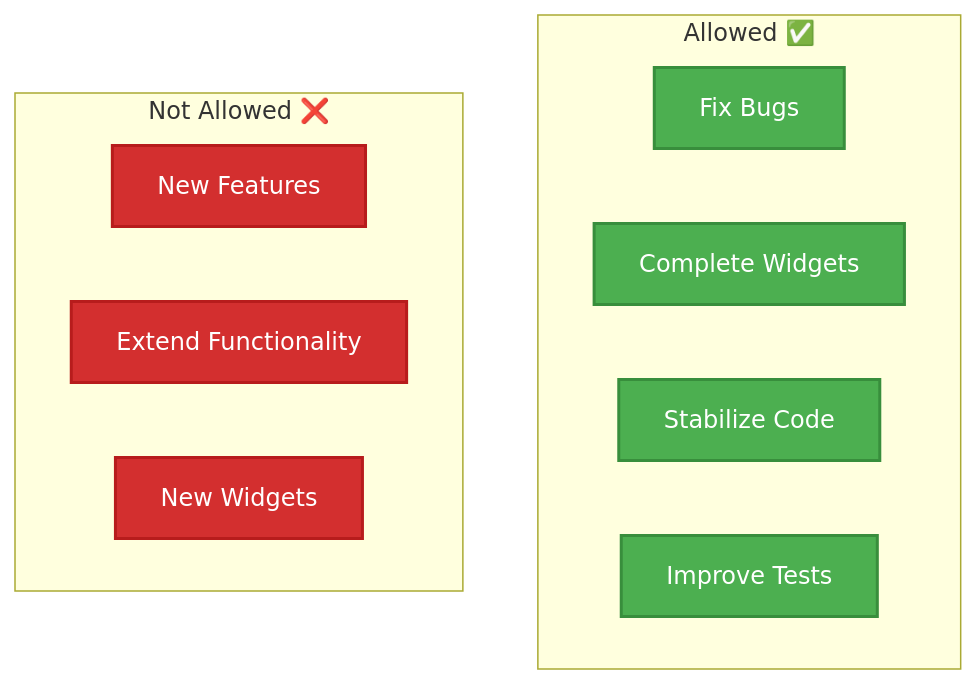
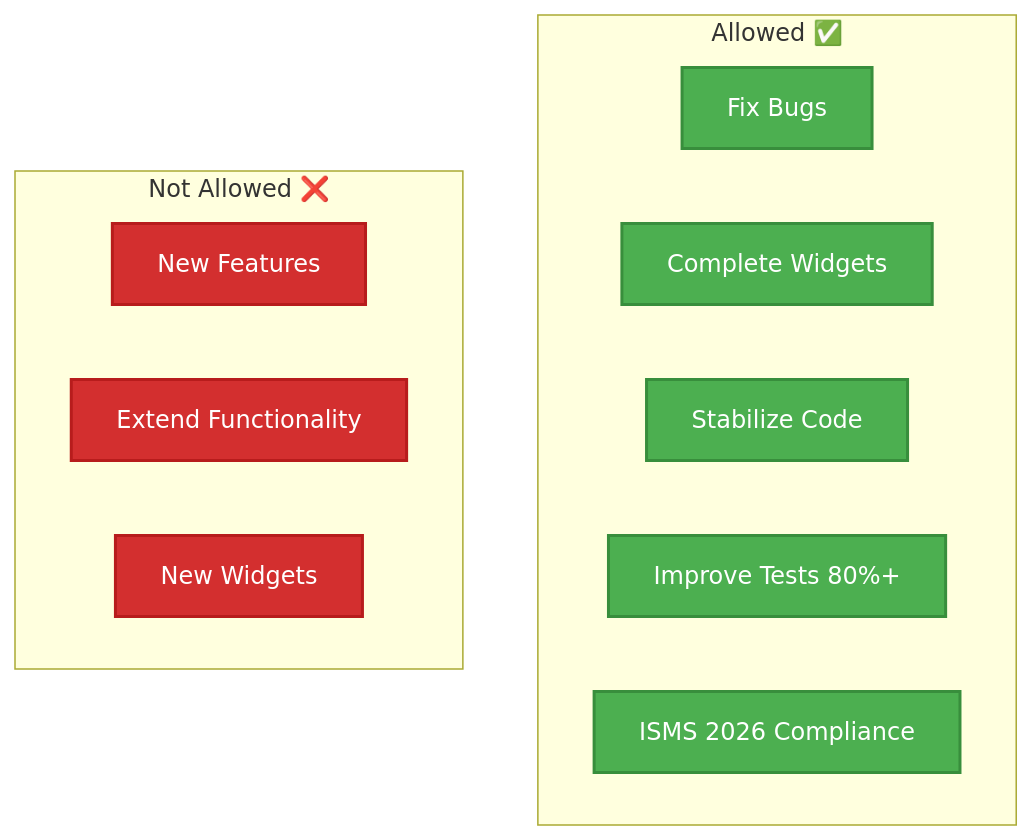
The fifth of 7 diagrams in .github/agents/README.md (Hack23/cia-compliance-manager), drawn with Mermaid before and after one commit. The commit also changed other lines of this file, not shown here.

Commit message:
Update agents README with ISMS 2026 compliance and automated checks

````diff
--- a/.github/agents/README.md
+++ b/.github/agents/README.md
@@ -417,18 +418,19 @@
 ```mermaid
 graph TD
     subgraph "Allowed ✅"
         A[Fix Bugs]:::allowed
         B[Complete Widgets]:::allowed
         C[Stabilize Code]:::allowed
-        D[Improve Tests]:::allowed
+        D[Improve Tests 80%+]:::allowed
+        E[ISMS 2026 Compliance]:::allowed
     end
     
     subgraph "Not Allowed ❌"
-        E[New Features]:::blocked
-        F[Extend Functionality]:::blocked
-        G[New Widgets]:::blocked
+        F[New Features]:::blocked
+        G[Extend Functionality]:::blocked
+        H[New Widgets]:::blocked
     end
     
     classDef allowed fill:#4CAF50,stroke:#388E3C,stroke-width:2px,color:#fff
     classDef blocked fill:#D32F2F,stroke:#B71C1C,stroke-width:2px,color:#fff
 ```
````
